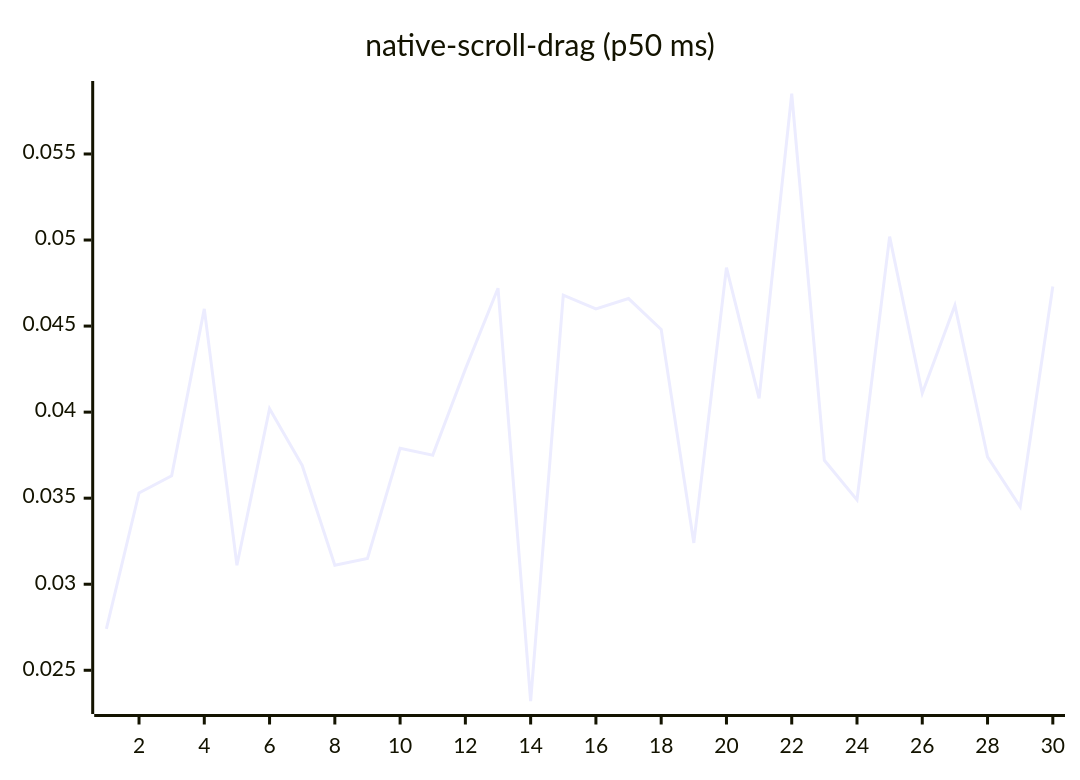
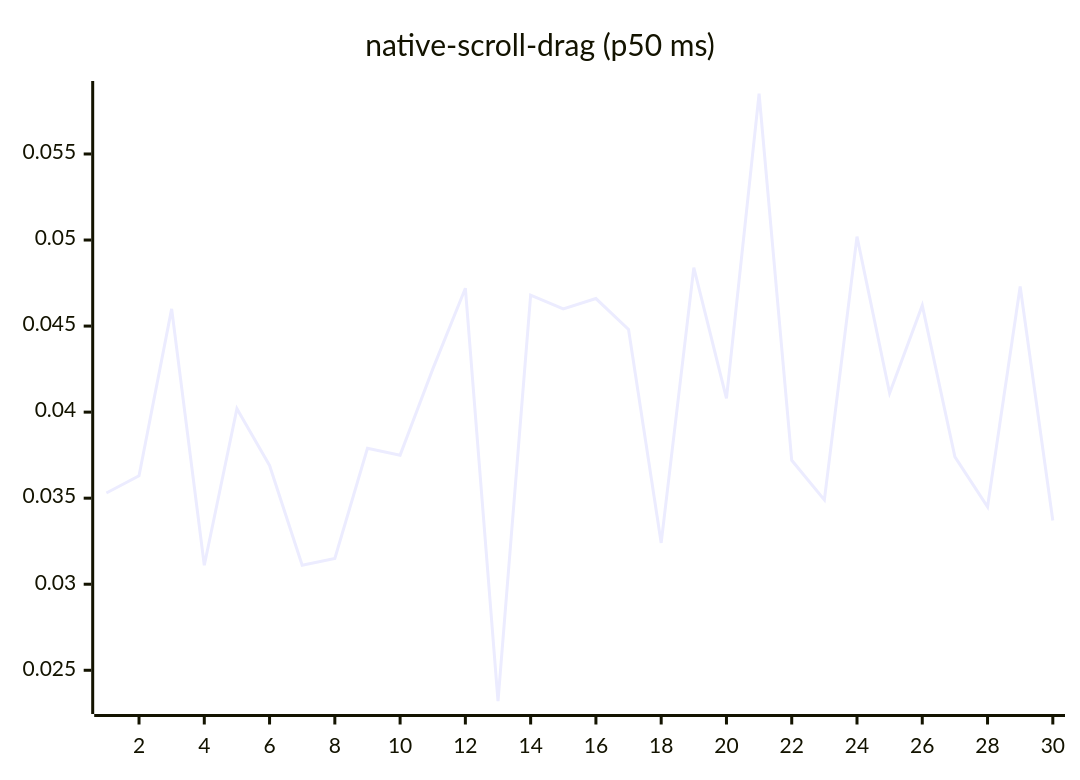
Before and after one commit to josha/Facet: diagram 14 of 27 in README.md, drawn with Mermaid. The commit also changed other lines of this file and 2 other files, not shown here.

````diff
--- a/README.md
+++ b/README.md
@@ -154,6 +154,6 @@
 ```mermaid
 xychart-beta
     title "native-scroll-drag (p50 ms)"
     x-axis 1 --> 30
-    line [0.0274, 0.0353, 0.0363, 0.0460, 0.0311, 0.0402, 0.0369, 0.0311, 0.0315, 0.0379, 0.0375, 0.0425, 0.0472, 0.0232, 0.0468, 0.0460, 0.0466, 0.0448, 0.0324, 0.0484, 0.0408, 0.0585, 0.0372, 0.0349, 0.0502, 0.0411, 0.0462, 0.0374, 0.0345, 0.0473]
+    line [0.0353, 0.0363, 0.0460, 0.0311, 0.0402, 0.0369, 0.0311, 0.0315, 0.0379, 0.0375, 0.0425, 0.0472, 0.0232, 0.0468, 0.0460, 0.0466, 0.0448, 0.0324, 0.0484, 0.0408, 0.0585, 0.0372, 0.0349, 0.0502, 0.0411, 0.0462, 0.0374, 0.0345, 0.0473, 0.0337]
 ```
````
